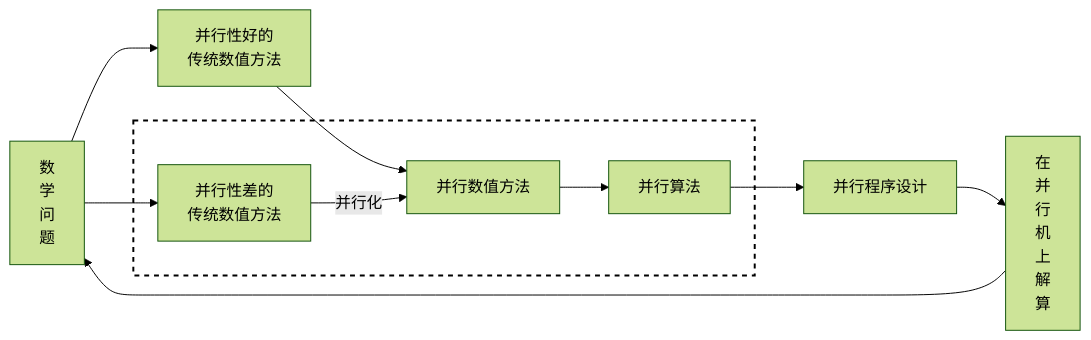
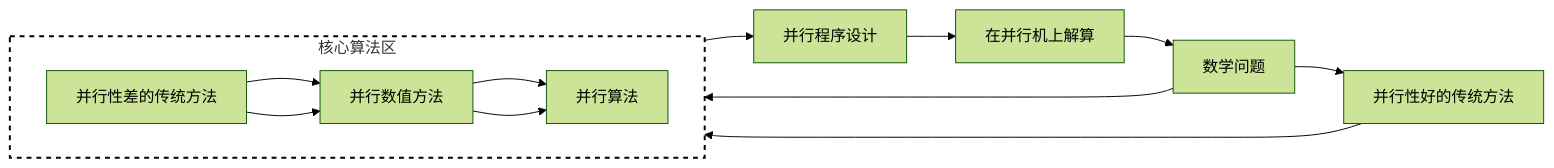
Before and after one commit to EtherealKasumi/personalpage: the fourth of 4 diagrams in notes/scientific_parallel_computing/02_parallel_algorithm_1.md, drawn with Mermaid (forest theme).

````diff
--- a/notes/scientific_parallel_computing/02_parallel_algorithm_1.md
+++ b/notes/scientific_parallel_computing/02_parallel_algorithm_1.md
@@ -220,31 +220,27 @@
 ```mermaid
 flowchart LR
-    
-    A["数<br>学<br>问<br>题"]:::box
-    B["并行性好的<br>传统数值方法"]:::box
-    
-    %% 定义虚线框分组
-    subgraph Core[" "]
-        D["并行数值方法"]:::box
-        C["并行性差的<br>传统数值方法"]:::box
-        E["并行算法"]:::box
-    end
-    
-    F["并行程序设计"]:::box
-    G["在<br>并<br>行<br>机<br>上<br>解<br>算"]:::box
+    A[数学问题]
+    B[并行性好的传统方法]
+    C[并行性差的传统方法]
+    D[并行数值方法]
+    E[并行算法]
+    F[并行程序设计]
+    G[在并行机上解算]
 
-    %% 建立逻辑连线
+    %% 明确所有连线
     A --> B
     A --> C
     B --> D
-    C -- "并行化" --> D
+    C --> D
     D --> E
     E --> F
     F --> G
-    
-    %% 最下方返回起点的长箭头
     G --> A
-    
-    %% 设置虚线框的具体样式
-    style Core fill:none,stroke:#000,stroke-width:2px,stroke-dasharray: 5 5
+
+    subgraph Core [核心算法区]
+        direction LR
+        C --> D --> E
+    end
+
+    style Core fill:none,stroke:#000,stroke-width:2px,stroke-dasharray:5 5
 ```
````
